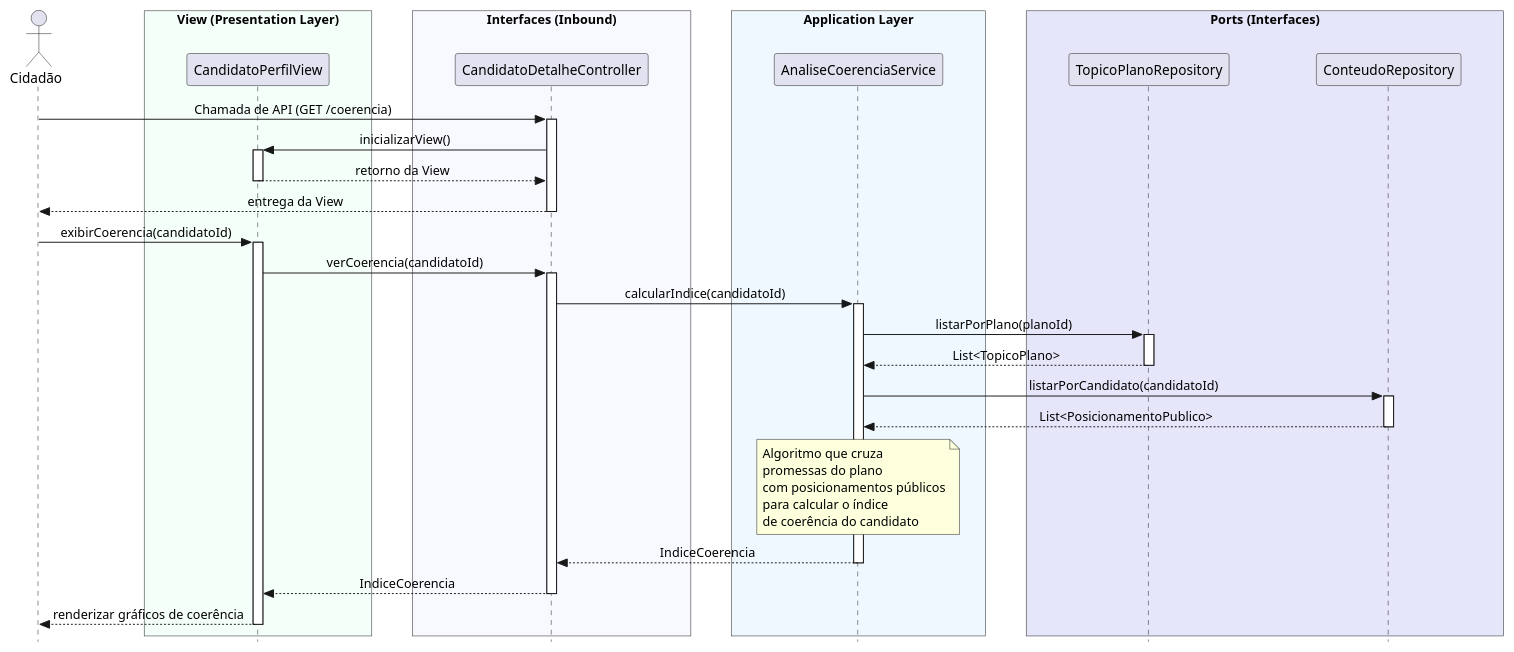
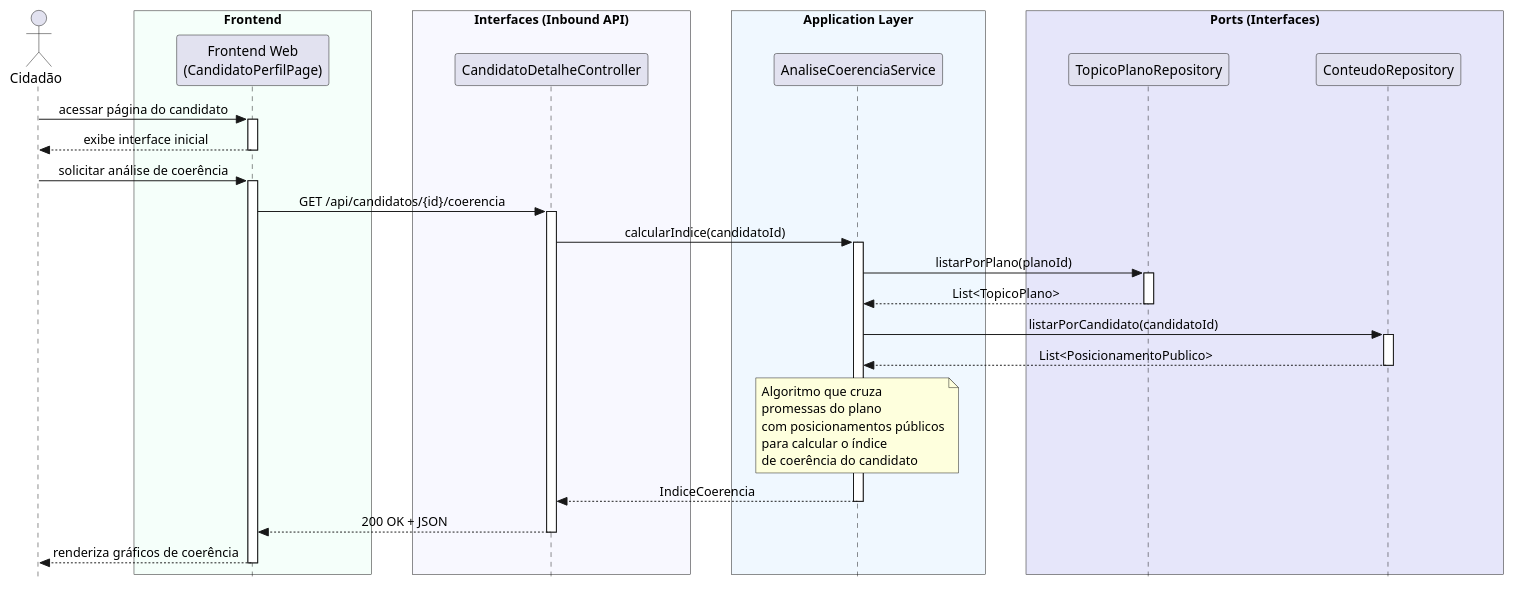
The diagram in Documentação/04 - Implementação/Diagramas_de_Sequência_de_Implementação/UC2.md (Nenhum-Grupo/ProjetoEngenharia), drawn with PlantUML before and after one commit. The commit also changed other lines of this file, not shown here.

````diff
--- a/Documentação/04 - Implementação/Diagramas_de_Sequência_de_Implementação/UC2.md
+++ b/Documentação/04 - Implementação/Diagramas_de_Sequência_de_Implementação/UC2.md
@@ -6,78 +6,72 @@
 ```plantuml
 @startuml
 skinparam style strictuml
 skinparam sequenceMessageAlign center
 skinparam ParticipantPadding 40
 skinparam ParticipantMinWidth 140
 skinparam BoxPadding 20
 
 actor "Cidadão" as User
 
-box "View (Presentation Layer)" #MintCream
-participant "CandidatoPerfilView" as View
+box "Frontend" #MintCream
+participant "Frontend Web\n(CandidatoPerfilPage)" as Front
 end box
 
-box "Interfaces (Inbound)" #GhostWhite
+box "Interfaces (Inbound API)" #GhostWhite
 participant "CandidatoDetalheController" as Ctrl
 end box
 
 box "Application Layer" #AliceBlue
 participant "AnaliseCoerenciaService" as Service
 end box
 
 box "Ports (Interfaces)" #Lavender
 participant "TopicoPlanoRepository" as RepoTopico
 participant "ConteudoRepository" as RepoConteudo
 end box
 
-' --- INTERAÇÃO INICIAL DE ACESSO (CHAMADA DE API) ---
-User -> Ctrl : Chamada de API (GET /coerencia)
-activate Ctrl
+' --- Carregamento inicial da página ---
+User -> Front : acessar página do candidato
+activate Front
+Front --> User : exibe interface inicial
+deactivate Front
 
-Ctrl -> View : inicializarView()
-activate View
-View --> Ctrl : retorno da View
-deactivate View
+' --- Requisição dos dados de coerência ---
+User -> Front : solicitar análise de coerência
+activate Front
 
-Ctrl --> User : entrega da View
-deactivate Ctrl
-
-' --- FLUXO ORIGINAL DE PROCESSAMENTO ---
-User -> View : exibirCoerencia(candidatoId)
-activate View
-
-View -> Ctrl : verCoerencia(candidatoId)
+Front -> Ctrl : GET /api/candidatos/{id}/coerencia
 activate Ctrl
 
 Ctrl -> Service : calcularIndice(candidatoId)
 activate Service
 
 Service -> RepoTopico : listarPorPlano(planoId)
 activate RepoTopico
 RepoTopico --> Service : List<TopicoPlano>
 deactivate RepoTopico
 
 Service -> RepoConteudo : listarPorCandidato(candidatoId)
 activate RepoConteudo
 RepoConteudo --> Service : List<PosicionamentoPublico>
 deactivate RepoConteudo
 
 note over Service
 Algoritmo que cruza
 promessas do plano
 com posicionamentos públicos
 para calcular o índice
 de coerência do candidato
 end note
 
 Service --> Ctrl : IndiceCoerencia
 deactivate Service
 
-Ctrl --> View : IndiceCoerencia
+Ctrl --> Front : 200 OK + JSON
 deactivate Ctrl
 
-View --> User : renderizar gráficos de coerência
-deactivate View
+Front --> User : renderiza gráficos de coerência
+deactivate Front
 
 @enduml
 ```
````
